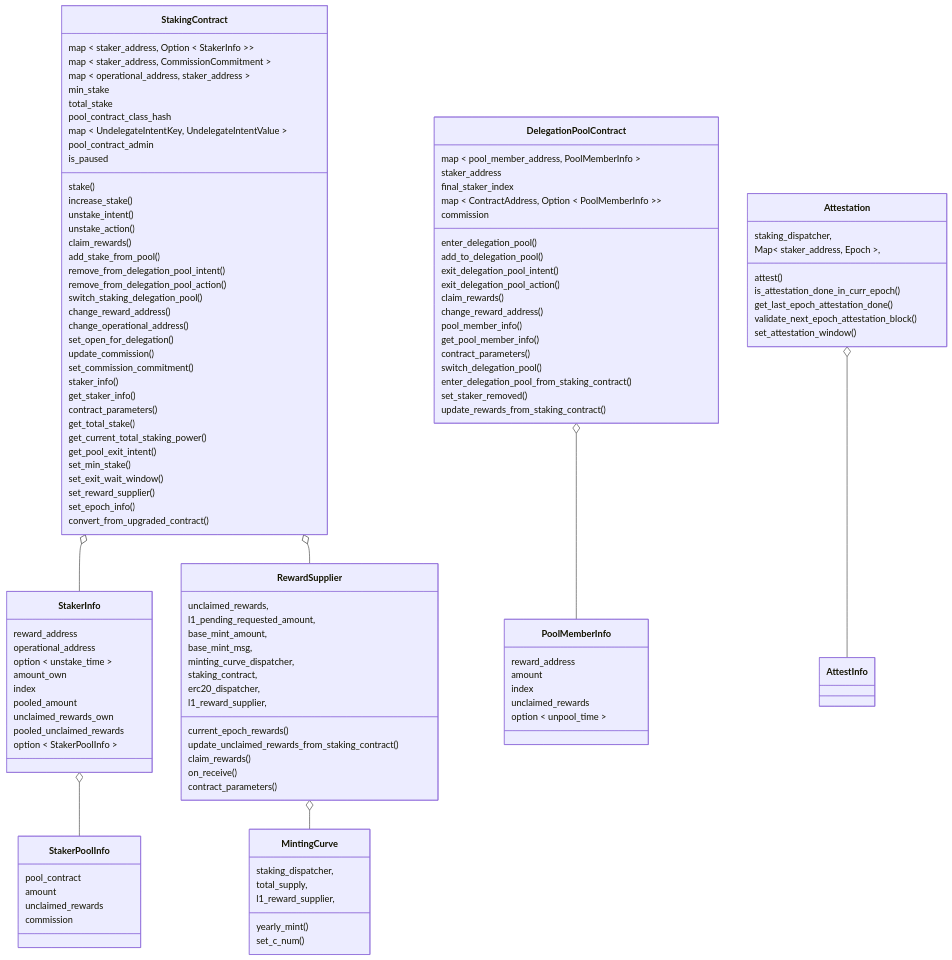
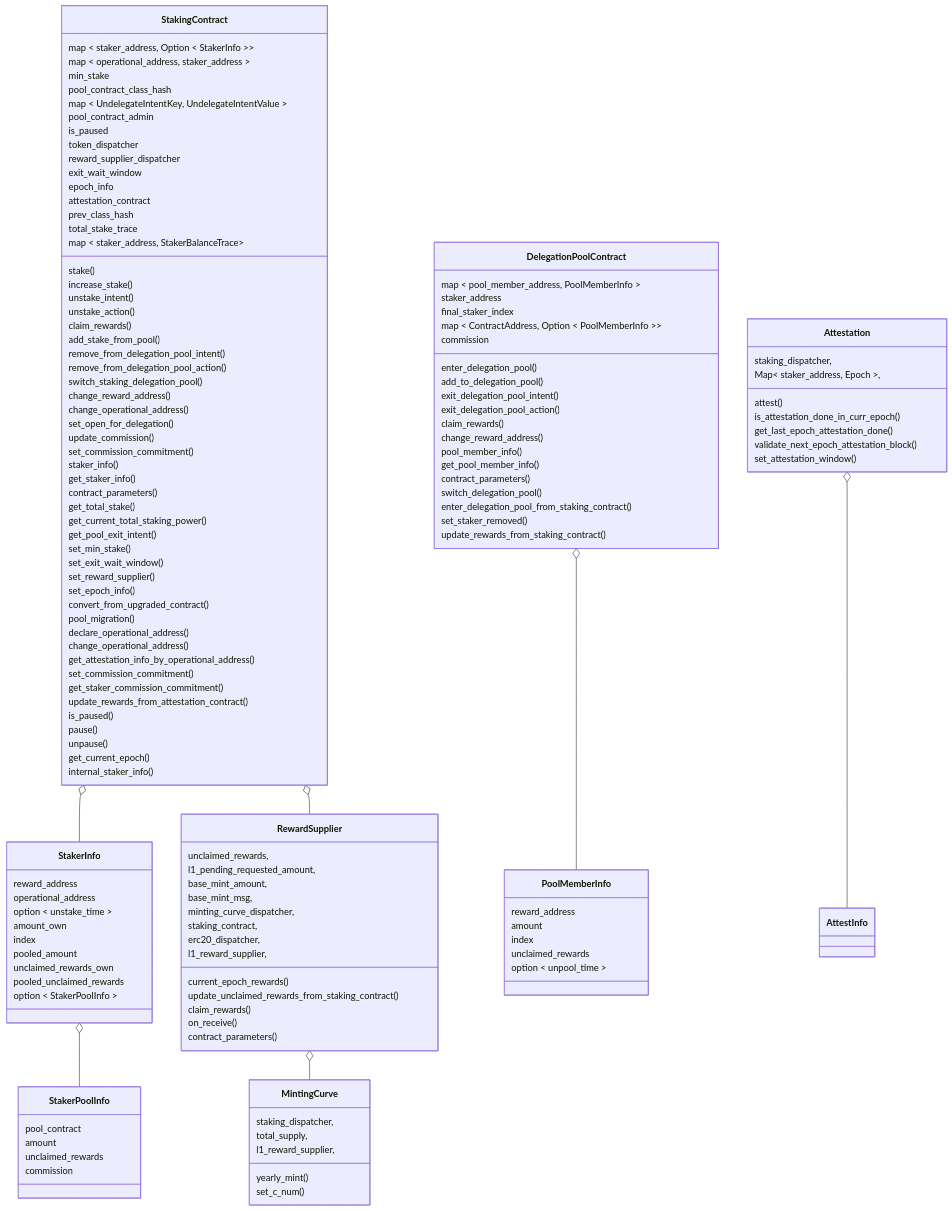
One commit to starkware-libs/starknet-staking changed the first of 8 diagrams in workspace/apps/staking/docs/spec.md. Above: the diagram before and after it, drawn with Mermaid.

Commit message:
chore(staking): update staking contract class diagram in spec (#3763)

```diff
--- a/workspace/apps/staking/docs/spec.md
+++ b/workspace/apps/staking/docs/spec.md
@@ -224,14 +224,20 @@
 classDiagram
   class StakingContract{
     map < staker_address, Option < StakerInfo >>
-    map < staker_address, CommissionCommitment >
     map < operational_address, staker_address >
     min_stake
-    total_stake
     pool_contract_class_hash
     map < UndelegateIntentKey, UndelegateIntentValue >
     pool_contract_admin
     is_paused
+    token_dispatcher
+    reward_supplier_dispatcher
+    exit_wait_window
+    epoch_info
+    attestation_contract
+    prev_class_hash
+    total_stake_trace
+    map < staker_address, StakerBalanceTrace>
     stake()
     increase_stake()
     unstake_intent()
@@ -257,6 +263,18 @@
     set_reward_supplier()
     set_epoch_info()
     convert_from_upgraded_contract()
+    pool_migration()
+    declare_operational_address()
+    change_operational_address()
+    get_attestation_info_by_operational_address()
+    set_commission_commitment()
+    get_staker_commission_commitment()
+    update_rewards_from_attestation_contract()
+    is_paused()
+    pause()
+    unpause()
+    get_current_epoch()
+    internal_staker_info()
   }
   class DelegationPoolContract{
     map < pool_member_address, PoolMemberInfo >
```
